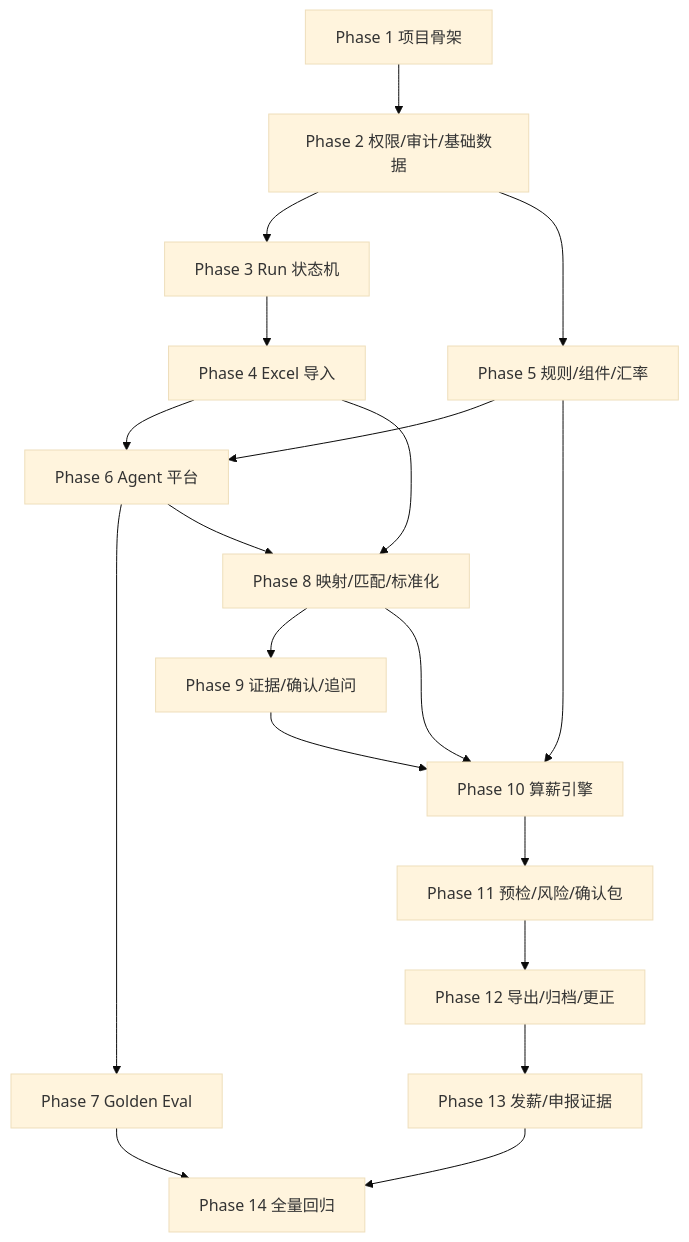
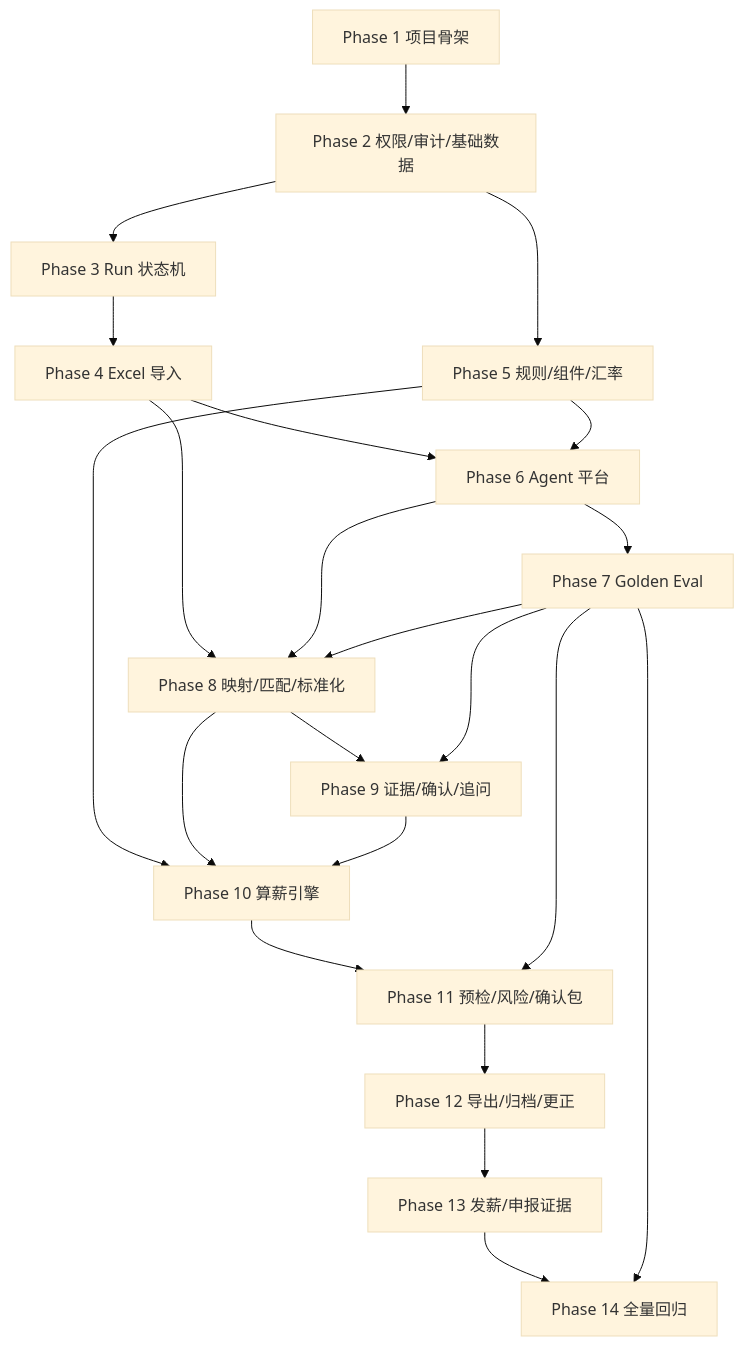
The diagram in DEV-PLAN.md (chpheart/Indonesia-payroll-system), drawn with Mermaid (base theme) before and after one commit. The commit also changed other lines of this file and 7 other files, not shown here.

````diff
--- a/DEV-PLAN.md
+++ b/DEV-PLAN.md
@@ -414,21 +473,24 @@
 ```mermaid
 flowchart TD
   P1["Phase 1 项目骨架"] --> P2["Phase 2 权限/审计/基础数据"]
   P2 --> P3["Phase 3 Run 状态机"]
   P3 --> P4["Phase 4 Excel 导入"]
   P2 --> P5["Phase 5 规则/组件/汇率"]
   P4 --> P6["Phase 6 Agent 平台"]
   P5 --> P6
   P6 --> P7["Phase 7 Golden Eval"]
   P4 --> P8["Phase 8 映射/匹配/标准化"]
   P6 --> P8
+  P7 --> P8
   P8 --> P9["Phase 9 证据/确认/追问"]
+  P7 --> P9
   P5 --> P10["Phase 10 算薪引擎"]
   P8 --> P10
   P9 --> P10
   P10 --> P11["Phase 11 预检/风险/确认包"]
+  P7 --> P11
   P11 --> P12["Phase 12 导出/归档/更正"]
   P12 --> P13["Phase 13 发薪/申报证据"]
   P13 --> P14["Phase 14 全量回归"]
   P7 --> P14
 ```
````
